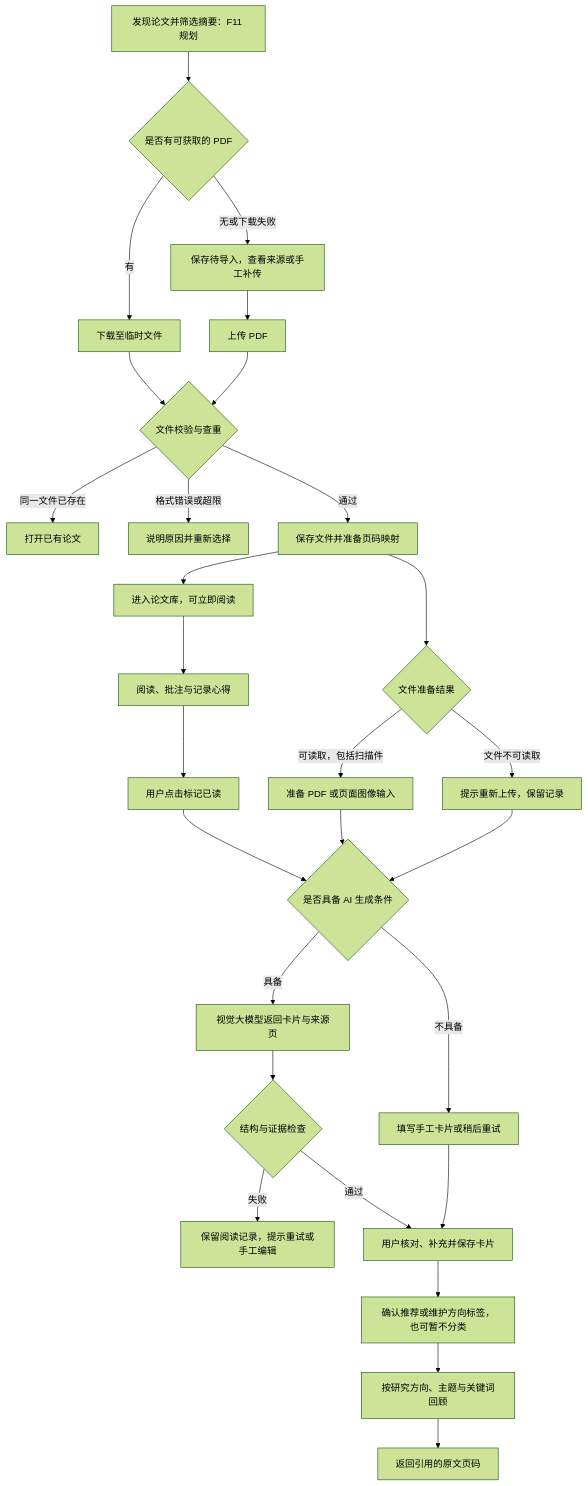
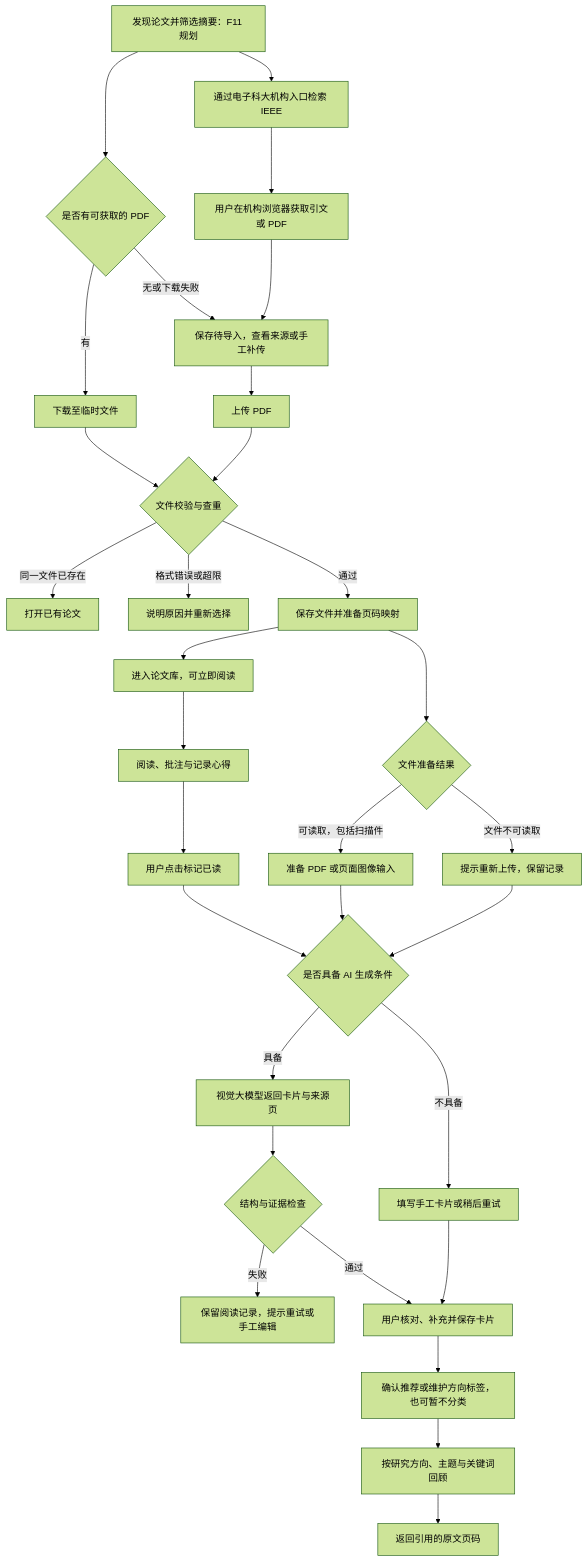
One commit to iaslay/Paper-Management-System changed the diagram in docs/产品需求文档.md. Above: the diagram before and after it, drawn with Mermaid (forest theme). The commit also changed other lines of this file and 3 other files, not shown here.

````diff
--- a/docs/产品需求文档.md
+++ b/docs/产品需求文档.md
@@ -69,30 +72,33 @@
 ```mermaid
 flowchart TD
     X[发现论文并筛选摘要：F11 规划] --> Y{是否有可获取的 PDF}
+    X --> IV[通过电子科大机构入口检索 IEEE]
+    IV --> IC[用户在机构浏览器获取引文或 PDF]
+    IC --> W
     Y -->|有| Z[下载至临时文件]
     Z --> B
     Y -->|无或下载失败| W[保存待导入，查看来源或手工补传]
     W --> A
     A[上传 PDF] --> B{文件校验与查重}
     B -->|同一文件已存在| C[打开已有论文]
     B -->|格式错误或超限| D[说明原因并重新选择]
     B -->|通过| E[保存文件并准备页码映射]
     E --> F[进入论文库，可立即阅读]
     E --> G{文件准备结果}
     G -->|可读取，包括扫描件| H[准备 PDF 或页面图像输入]
     G -->|文件不可读取| I[提示重新上传，保留记录]
     F --> J[阅读、批注与记录心得]
     J --> K[用户点击标记已读]
     K --> L{是否具备 AI 生成条件}
     H --> L
     I --> L
     L -->|具备| M[视觉大模型返回卡片与来源页]
     L -->|不具备| N[填写手工卡片或稍后重试]
     M --> O{结构与证据检查}
     O -->|失败| P[保留阅读记录，提示重试或手工编辑]
     O -->|通过| Q[用户核对、补充并保存卡片]
     N --> Q
     Q --> T[确认推荐或维护方向标签，也可暂不分类]
     T --> R[按研究方向、主题与关键词回顾]
     R --> S[返回引用的原文页码]
 ```
````
